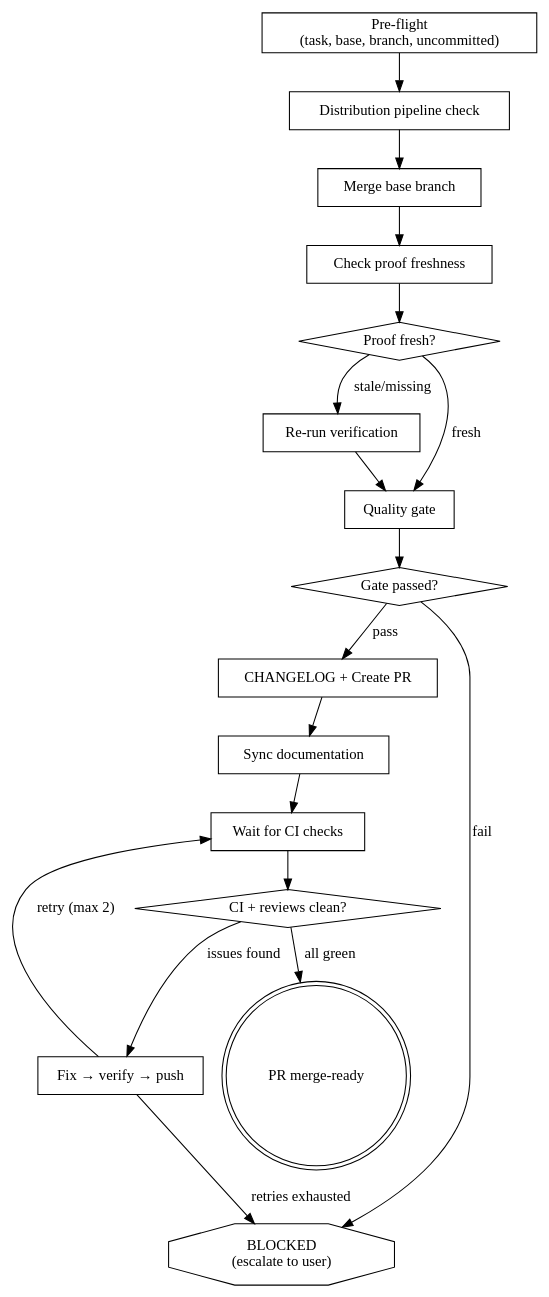
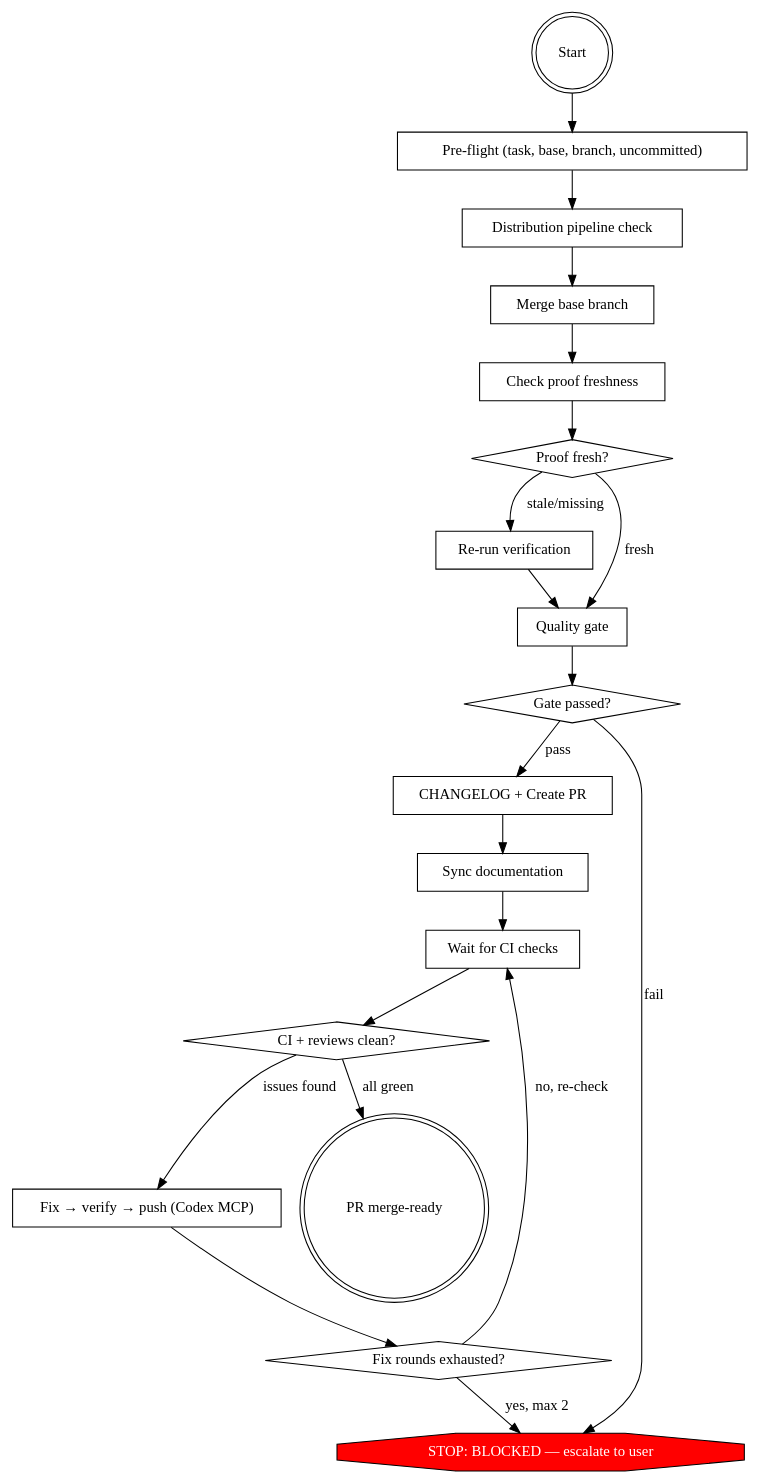
Before and after one commit to heliohq/ship: the diagram in skills/handoff/SKILL.md, drawn with Graphviz. The commit also changed other lines of this file, not shown here.

First line of the commit message:
refactor(handoff): redesign with first-principles analysis, add MCP support

````diff
--- a/skills/handoff/SKILL.md
+++ b/skills/handoff/SKILL.md
@@ -68,37 +52,43 @@
 ```dot
 digraph handoff {
-    "Pre-flight\n(task, base, branch, uncommitted)" [shape=box];
+    rankdir=TB;
+
+    "Start" [shape=doublecircle];
+    "Pre-flight (task, base, branch, uncommitted)" [shape=box];
     "Distribution pipeline check" [shape=box];
     "Merge base branch" [shape=box];
     "Check proof freshness" [shape=box];
     "Proof fresh?" [shape=diamond];
     "Re-run verification" [shape=box];
     "Quality gate" [shape=box];
     "Gate passed?" [shape=diamond];
     "CHANGELOG + Create PR" [shape=box];
     "Sync documentation" [shape=box];
     "Wait for CI checks" [shape=box];
     "CI + reviews clean?" [shape=diamond];
-    "Fix → verify → push" [shape=box];
+    "Fix → verify → push (Codex MCP)" [shape=box];
+    "Fix rounds exhausted?" [shape=diamond];
     "PR merge-ready" [shape=doublecircle];
-    "BLOCKED\n(escalate to user)" [shape=octagon];
+    "STOP: BLOCKED — escalate to user" [shape=octagon, style=filled, fillcolor=red, fontcolor=white];
 
-    "Pre-flight\n(task, base, branch, uncommitted)" -> "Distribution pipeline check";
+    "Start" -> "Pre-flight (task, base, branch, uncommitted)";
+    "Pre-flight (task, base, branch, uncommitted)" -> "Distribution pipeline check";
     "Distribution pipeline check" -> "Merge base branch";
     "Merge base branch" -> "Check proof freshness";
     "Check proof freshness" -> "Proof fresh?";
     "Proof fresh?" -> "Quality gate" [label="fresh"];
     "Proof fresh?" -> "Re-run verification" [label="stale/missing"];
     "Re-run verification" -> "Quality gate";
     "Quality gate" -> "Gate passed?";
     "Gate passed?" -> "CHANGELOG + Create PR" [label="pass"];
-    "Gate passed?" -> "BLOCKED\n(escalate to user)" [label="fail"];
+    "Gate passed?" -> "STOP: BLOCKED — escalate to user" [label="fail"];
     "CHANGELOG + Create PR" -> "Sync documentation";
     "Sync documentation" -> "Wait for CI checks";
     "Wait for CI checks" -> "CI + reviews clean?";
     "CI + reviews clean?" -> "PR merge-ready" [label="all green"];
-    "CI + reviews clean?" -> "Fix → verify → push" [label="issues found"];
-    "Fix → verify → push" -> "Wait for CI checks" [label="retry (max 2)"];
-    "Fix → verify → push" -> "BLOCKED\n(escalate to user)" [label="retries exhausted"];
+    "CI + reviews clean?" -> "Fix → verify → push (Codex MCP)" [label="issues found"];
+    "Fix → verify → push (Codex MCP)" -> "Fix rounds exhausted?";
+    "Fix rounds exhausted?" -> "Wait for CI checks" [label="no, re-check"];
+    "Fix rounds exhausted?" -> "STOP: BLOCKED — escalate to user" [label="yes, max 2"];
 }
 ```
````
